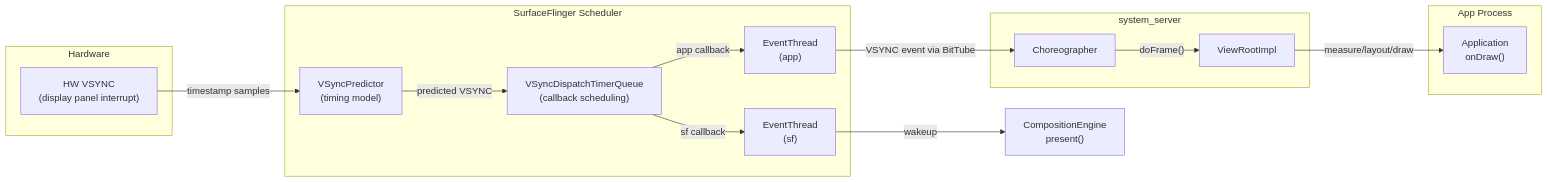
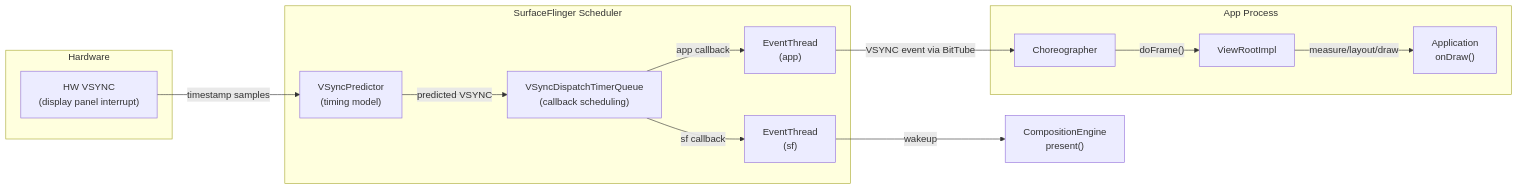
Before and after one commit to aospbooks/aosp-internal-book: the ninth of 43 diagrams in agents/claude/skills/aosp-framework-core/24-display-system.md, drawn with Mermaid. The commit also changed other lines of this file and 218 other files, not shown here.

````diff
--- a/agents/claude/skills/aosp-framework-core/24-display-system.md
+++ b/agents/claude/skills/aosp-framework-core/24-display-system.md
@@ -752,31 +761,28 @@
 ```mermaid
 graph LR
     subgraph "Hardware"
         HWV["HW VSYNC<br/>(display panel interrupt)"]
     end
 
     subgraph "SurfaceFlinger Scheduler"
         VP["VSyncPredictor<br/>(timing model)"]
         VD["VSyncDispatchTimerQueue<br/>(callback scheduling)"]
         ET_SF["EventThread<br/>(sf)"]
         ET_APP["EventThread<br/>(app)"]
     end
 
-    subgraph "system_server"
+    subgraph "App Process"
         CH["Choreographer"]
         VRI2["ViewRootImpl"]
-    end
-
-    subgraph "App Process"
         APP["Application<br/>onDraw()"]
     end
 
     HWV -->|"timestamp samples"| VP
     VP -->|"predicted VSYNC"| VD
     VD -->|"sf callback"| ET_SF
     VD -->|"app callback"| ET_APP
     ET_APP -->|"VSYNC event via BitTube"| CH
     CH -->|"doFrame()"| VRI2
     VRI2 -->|"measure/layout/draw"| APP
     ET_SF -->|"wakeup"| CE2["CompositionEngine<br/>present()"]
 ```
````
